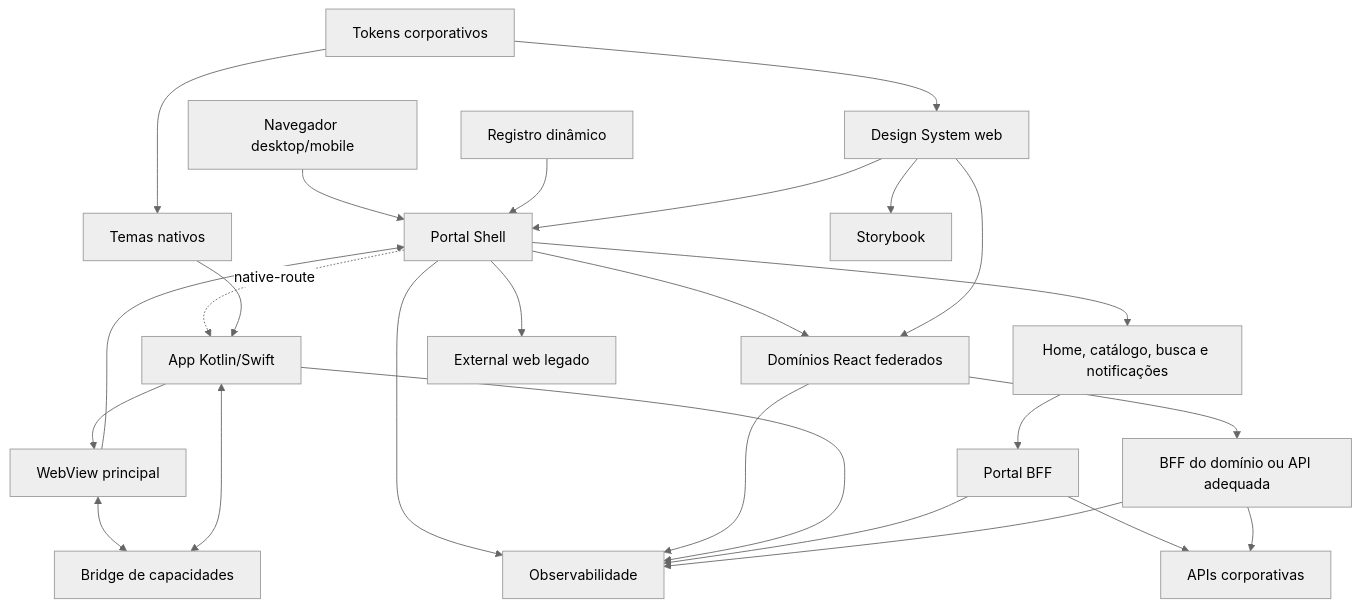
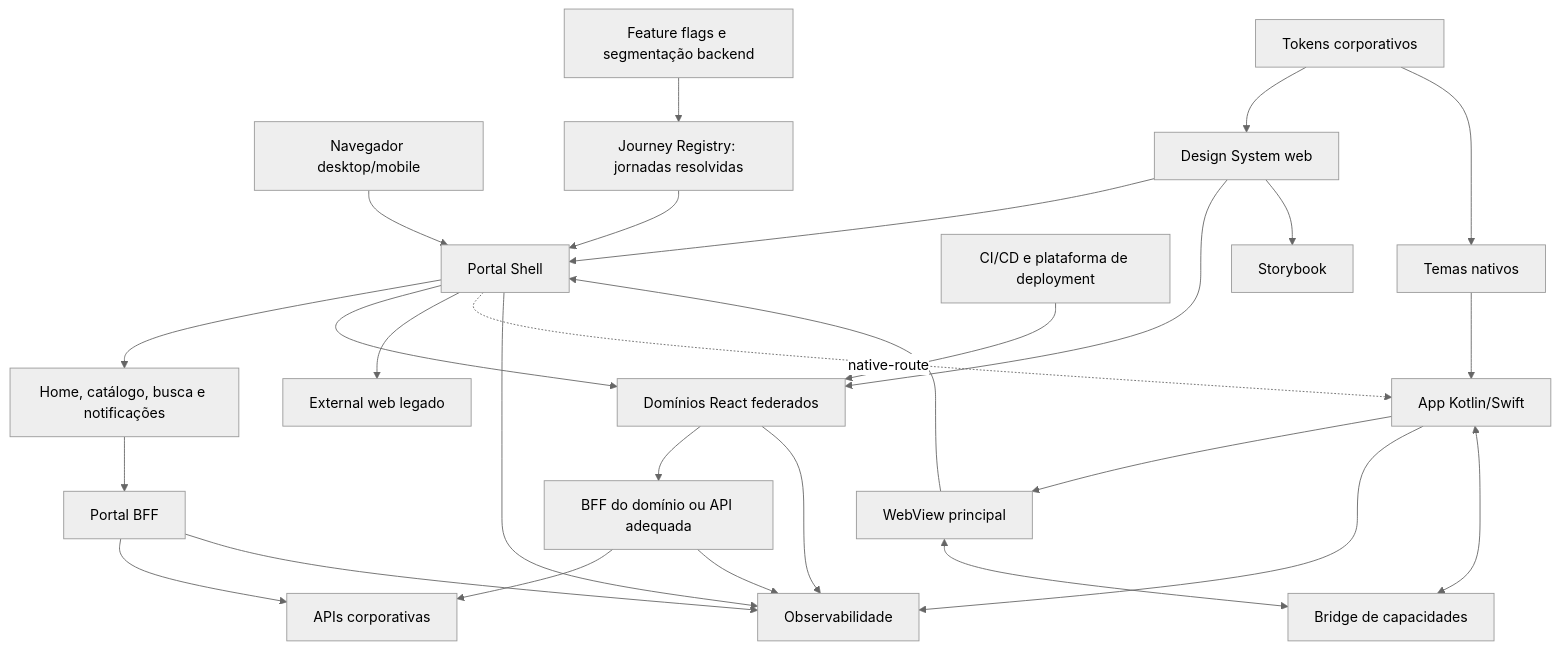
The first of 6 diagrams in docs/PROPOSTA-TECNICA.md (gustavobpaula/portal-people), drawn with Mermaid (neutral theme) before and after one commit. The commit also changed other lines of this file and 7 other files, not shown here.

````diff
--- a/docs/PROPOSTA-TECNICA.md
+++ b/docs/PROPOSTA-TECNICA.md
@@ -22,32 +22,34 @@
 ```mermaid
 flowchart TB
     Browser["Navegador desktop/mobile"] --> Shell["Portal Shell"]
     Native["App Kotlin/Swift"] --> WebView["WebView principal"]
     WebView --> Shell
     WebView <--> Bridge["Bridge de capacidades"]
     Bridge <--> Native
 
-    Registry["Registro dinâmico"] --> Shell
+    Flags["Feature flags e segmentação backend"] --> Registry
+    Registry["Journey Registry: jornadas resolvidas"] --> Shell
+    Delivery["CI/CD e plataforma de deployment"] --> Remotes
     Shell --> Core["Home, catálogo, busca e notificações"]
     Shell --> Remotes["Domínios React federados"]
     Shell --> Legacy["External web legado"]
     Shell -. "native-route" .-> Native
 
     Core --> PortalBFF["Portal BFF"]
     Remotes --> DomainBFF["BFF do domínio ou API adequada"]
     PortalBFF --> APIs["APIs corporativas"]
     DomainBFF --> APIs
 
     Tokens["Tokens corporativos"] --> DSWeb["Design System web"]
     Tokens --> DSNative["Temas nativos"]
     DSWeb --> Shell
     DSWeb --> Remotes
     DSWeb --> Storybook["Storybook"]
     DSNative --> Native
 
     Shell --> Obs["Observabilidade"]
     Remotes --> Obs
     Native --> Obs
     PortalBFF --> Obs
     DomainBFF --> Obs
 ```
````
